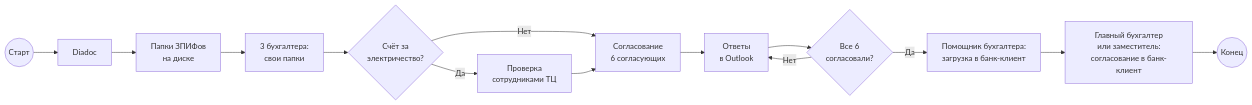
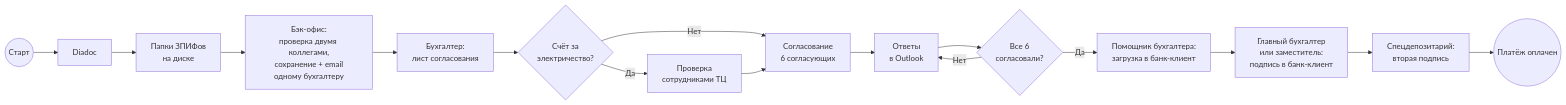
Before and after one commit to botclaw1983/veles: the second of 3 diagrams in 2.1 Маршруты Документов - входящий Счет на оплату.md, drawn with Mermaid. The commit also changed other lines of this file and 5437 other files, not shown here.

````diff
--- a/2.1 Маршруты Документов - входящий Счет на оплату.md
+++ b/2.1 Маршруты Документов - входящий Счет на оплату.md
@@ -85,16 +118,18 @@
 ```mermaid
 flowchart LR
     A((Старт)) --> B["Diadoc"]
     B --> C["Папки ЗПИФов<br/>на диске"]
-    C --> D["3 бухгалтера:<br/>свои папки"]
+    C --> BO["Бэк-офис:<br/>проверка двумя коллегами,<br/>сохранение + email<br/>одному бухгалтеру"]
+    BO --> D["Бухгалтер:<br/>лист согласования"]
     D --> E{"Счёт за<br/>электричество?"}
     E -->|Да| F["Проверка<br/>сотрудниками ТЦ"]
     E -->|Нет| G
     F --> G["Согласование<br/>6 согласующих"]
     G --> H["Ответы<br/>в Outlook"]
     H --> I{"Все 6<br/>согласовали?"}
     I -->|Нет| H
     I -->|Да| J["Помощник бухгалтера:<br/>загрузка в банк-клиент"]
-    J --> K["Главный бухгалтер<br/>или заместитель:<br/>согласование в банк-клиент"]
-    K --> L((Конец))
+    J --> K["Главный бухгалтер<br/>или заместитель:<br/>подпись в банк-клиент"]
+    K --> SD["Спецдепозитарий:<br/>вторая подпись"]
+    SD --> L(("Платёж оплачен"))
 ```
````
